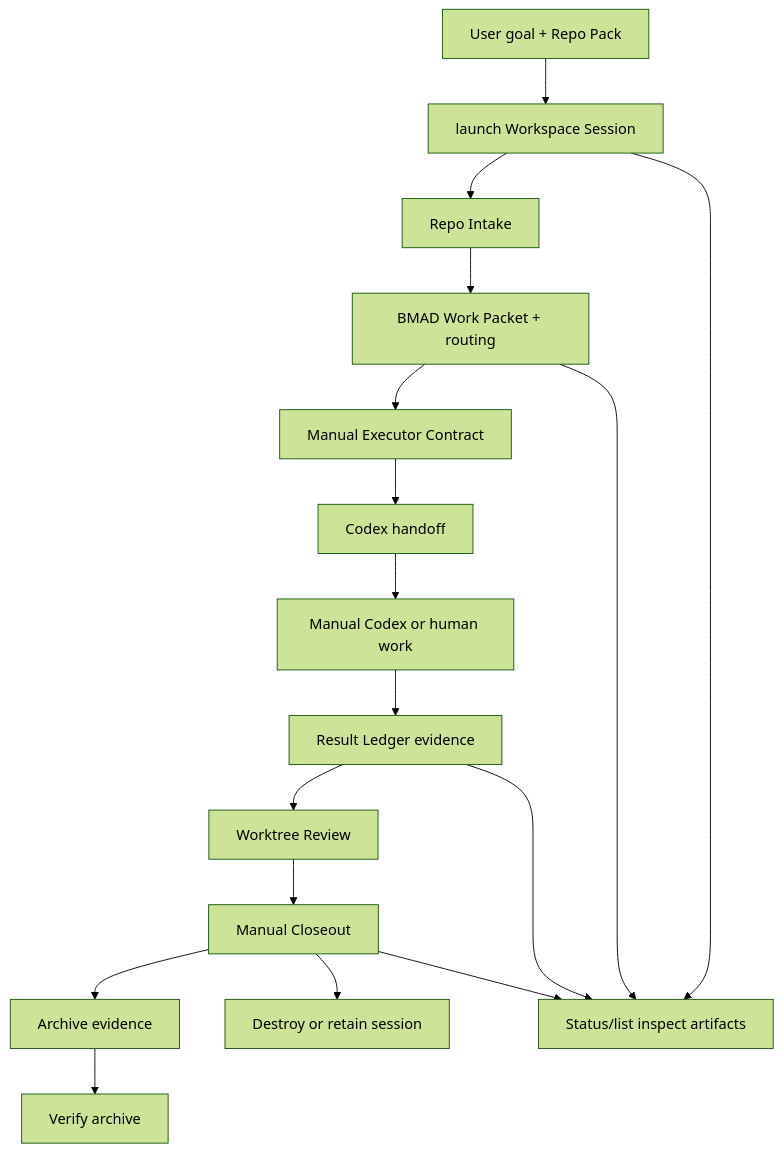
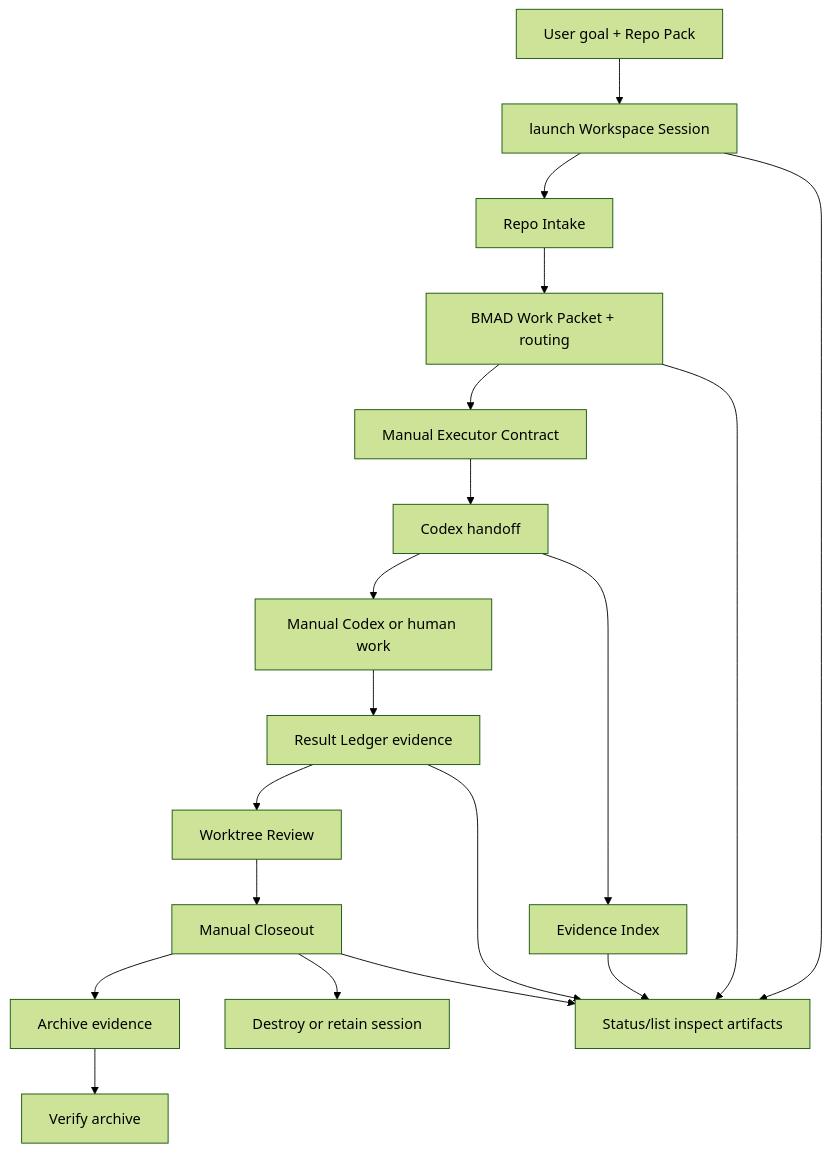
The diagram in docs/workspace/architecture.md (edamlmmv/BMAD-METHOD), drawn with Mermaid (forest theme) before and after one commit. The commit also changed other lines of this file and 19 other files, not shown here.

Commit message:
feat(workspace): add evidence index trust layer

````diff
--- a/docs/workspace/architecture.md
+++ b/docs/workspace/architecture.md
@@ -237,19 +257,21 @@
 ```mermaid
 flowchart TD
   UserGoal["User goal + Repo Pack"] --> Launch["launch Workspace Session"]
   Launch --> Intake["Repo Intake"]
   Intake --> Packet["BMAD Work Packet + routing"]
   Packet --> Contract["Manual Executor Contract"]
   Contract --> Handoff["Codex handoff"]
   Handoff --> ManualWork["Manual Codex or human work"]
+  Handoff --> Evidence["Evidence Index"]
   ManualWork --> Result["Result Ledger evidence"]
   Result --> Review["Worktree Review"]
   Review --> Closeout["Manual Closeout"]
   Closeout --> Archive["Archive evidence"]
   Archive --> Verify["Verify archive"]
   Closeout --> Destroy["Destroy or retain session"]
   Launch --> Status["Status/list inspect artifacts"]
   Packet --> Status
   Result --> Status
   Closeout --> Status
+  Evidence --> Status
 ```
````
